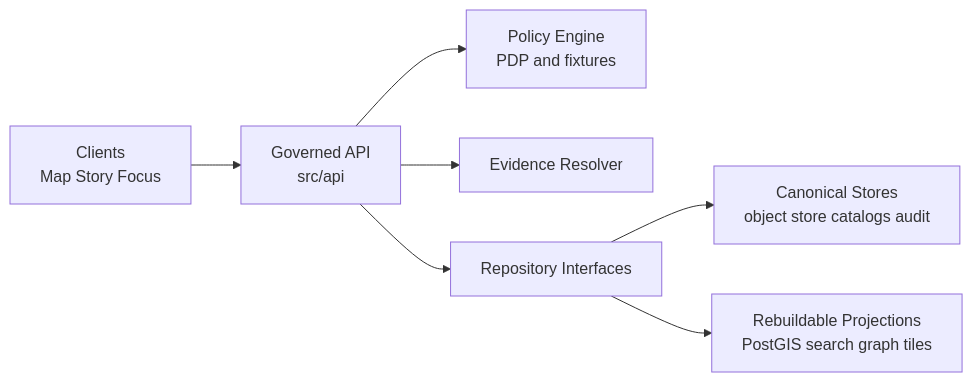
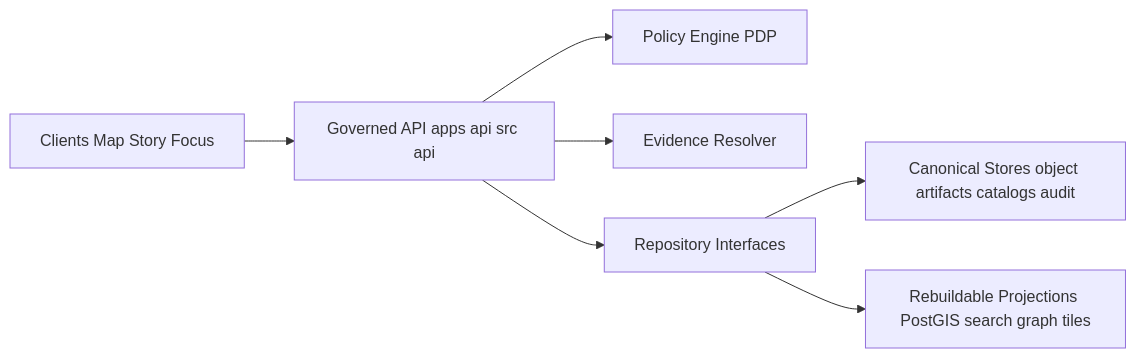
The first of 2 diagrams in apps/api/src/api/README.md (bartytime4life/Kansas-Frontier-Matrix), drawn with Mermaid before and after one commit. The commit also changed other lines of this file, not shown here.

First line of the commit message:
Revise README for KFM Governed API module

````diff
--- a/apps/api/src/api/README.md
+++ b/apps/api/src/api/README.md
@@ -98,9 +133,9 @@
 ```mermaid
 flowchart LR
-  C[Clients\nMap Story Focus] --> A[Governed API\nsrc/api]
-  A --> P[Policy Engine\nPDP and fixtures]
-  A --> E[Evidence Resolver]
+  C[Clients Map Story Focus] --> A[Governed API apps api src api]
+  A --> PDP[Policy Engine PDP]
+  A --> ER[Evidence Resolver]
   A --> R[Repository Interfaces]
-  R --> S[Canonical Stores\nobject store catalogs audit]
-  R --> X[Rebuildable Projections\nPostGIS search graph tiles]
+  R --> CS[Canonical Stores object artifacts catalogs audit]
+  R --> RP[Rebuildable Projections PostGIS search graph tiles]
 ```
````
